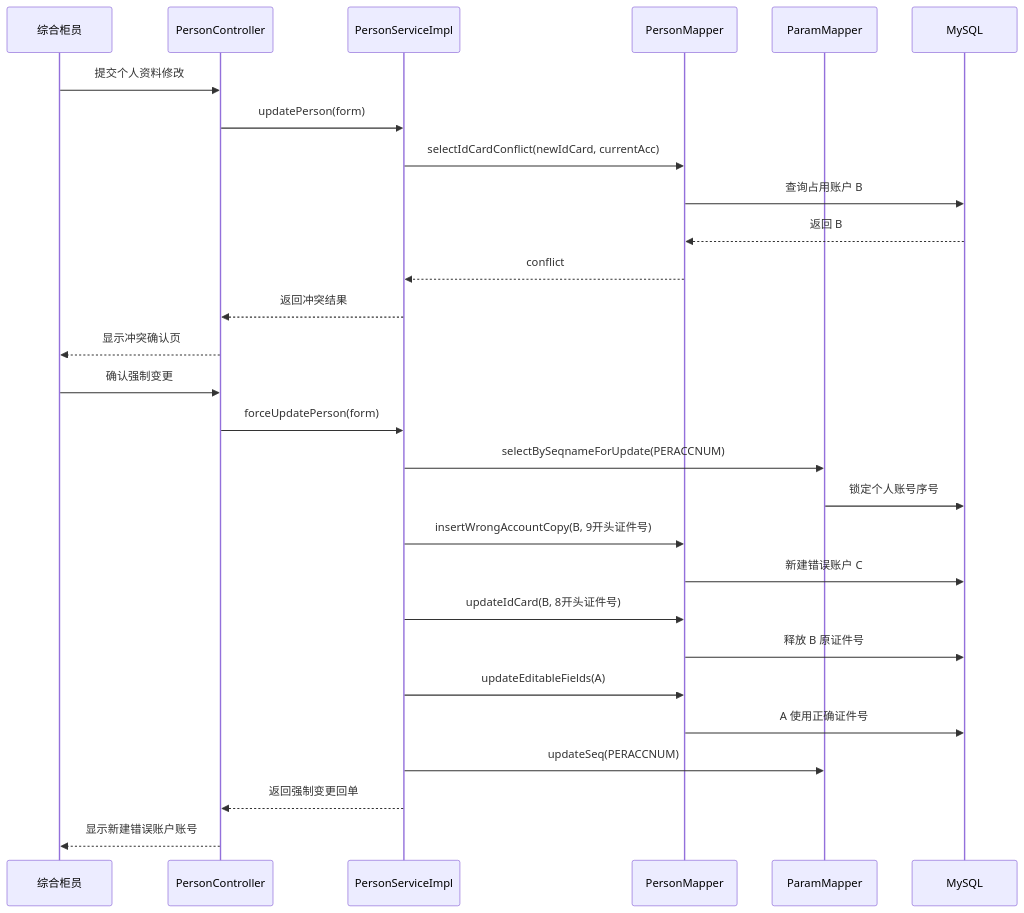
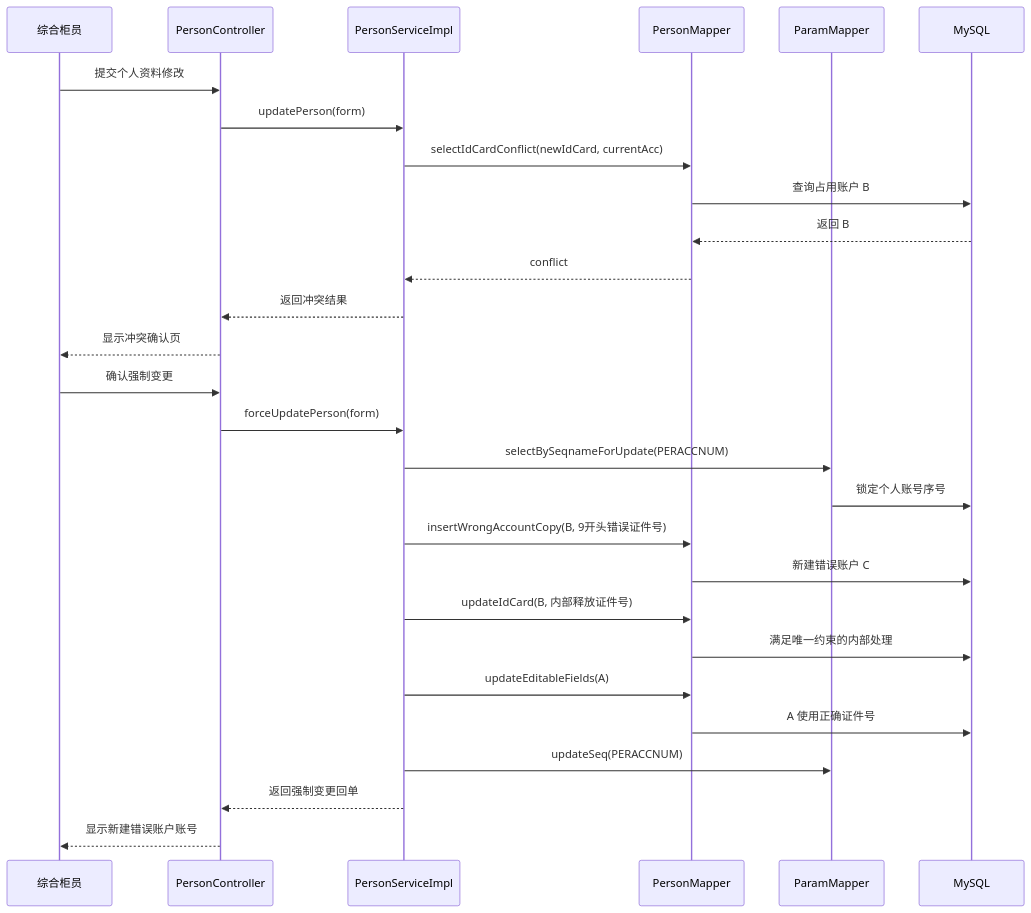
Before and after one commit to MonsoonR/housing-fund-collection-system: the seventh of 9 diagrams in docs/final-report/DIAGRAMS.md, drawn with Mermaid. The commit also changed other lines of this file and 26 other files, not shown here.

````diff
--- a/docs/final-report/DIAGRAMS.md
+++ b/docs/final-report/DIAGRAMS.md
@@ -163,32 +163,32 @@
 ```mermaid
 sequenceDiagram
     participant U as 综合柜员
     participant C as PersonController
     participant S as PersonServiceImpl
     participant M as PersonMapper
     participant P as ParamMapper
     participant DB as MySQL
 
     U->>C: 提交个人资料修改
     C->>S: updatePerson(form)
     S->>M: selectIdCardConflict(newIdCard, currentAcc)
     M->>DB: 查询占用账户 B
     DB-->>M: 返回 B
     M-->>S: conflict
     S-->>C: 返回冲突结果
     C-->>U: 显示冲突确认页
 
     U->>C: 确认强制变更
     C->>S: forceUpdatePerson(form)
     S->>P: selectBySeqnameForUpdate(PERACCNUM)
     P->>DB: 锁定个人账号序号
-    S->>M: insertWrongAccountCopy(B, 9开头证件号)
+    S->>M: insertWrongAccountCopy(B, 9开头错误证件号)
     M->>DB: 新建错误账户 C
-    S->>M: updateIdCard(B, 8开头证件号)
-    M->>DB: 释放 B 原证件号
+    S->>M: updateIdCard(B, 内部释放证件号)
+    M->>DB: 满足唯一约束的内部处理
     S->>M: updateEditableFields(A)
     M->>DB: A 使用正确证件号
     S->>P: updateSeq(PERACCNUM)
     S-->>C: 返回强制变更回单
     C-->>U: 显示新建错误账户账号
 ```
````
